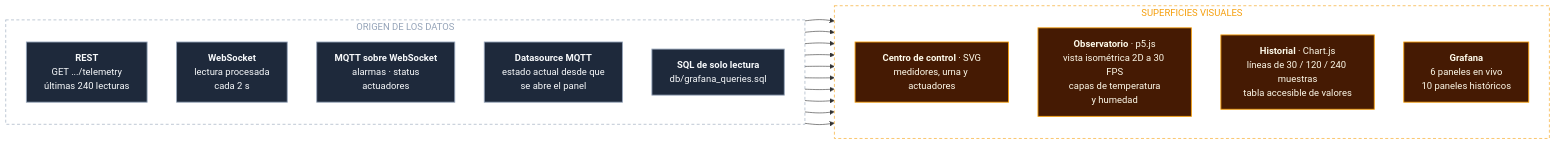
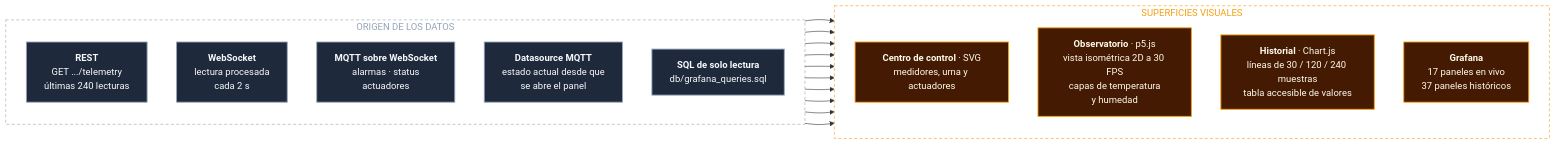
Before and after one commit to ricardious/AYC2_G3: the sixth of 7 diagrams in Proyecto_1_SmartEgg/README.md, drawn with Mermaid. The commit also changed other lines of this file and 1 other file, not shown here.

````diff
--- a/Proyecto_1_SmartEgg/README.md
+++ b/Proyecto_1_SmartEgg/README.md
@@ -405,39 +395,39 @@
 ```mermaid
 flowchart LR
     subgraph ORIGEN["ORIGEN DE LOS DATOS"]
         direction TB
         REST["<b>REST</b><br/>GET .../telemetry<br/>últimas 240 lecturas"]
         WSK["<b>WebSocket</b><br/>lectura procesada<br/>cada 2 s"]
         MQW["<b>MQTT sobre WebSocket</b><br/>alarmas · status<br/>actuadores"]
         MQT["<b>Datasource MQTT</b><br/>estado actual desde que<br/>se abre el panel"]
         SQL["<b>SQL de solo lectura</b><br/>db/grafana_queries.sql"]
     end
 
     subgraph VISTAS["SUPERFICIES VISUALES"]
         direction TB
         CTRL["<b>Centro de control</b> · SVG<br/>medidores, urna y actuadores"]
         OBS["<b>Observatorio</b> · p5.js<br/>vista isométrica 2D a 30 FPS<br/>capas de temperatura<br/>y humedad"]
         HIS["<b>Historial</b> · Chart.js<br/>líneas de 30 / 120 / 240 muestras<br/>tabla accesible de valores"]
-        GFR["<b>Grafana</b><br/>6 paneles en vivo<br/>10 paneles históricos"]
+        GFR["<b>Grafana</b><br/>17 paneles en vivo<br/>37 paneles históricos"]
     end
 
     REST --> HIS
     REST --> OBS
     REST --> CTRL
     WSK --> CTRL
     WSK --> OBS
     WSK --> HIS
     MQW --> CTRL
     MQW --> OBS
     MQT --> GFR
     SQL --> GFR
 
     classDef origen fill:#1e293b,stroke:#94a3b8,color:#f8fafc,stroke-width:1.5px
     classDef vista fill:#451a03,stroke:#f59e0b,color:#fffbeb,stroke-width:1.5px
 
     class REST,WSK,MQW,MQT,SQL origen
     class CTRL,OBS,HIS,GFR vista
 
     style ORIGEN fill:none,stroke:#94a3b8,stroke-dasharray:5 4,color:#94a3b8
     style VISTAS fill:none,stroke:#f59e0b,stroke-dasharray:5 4,color:#f59e0b
 ```
````
